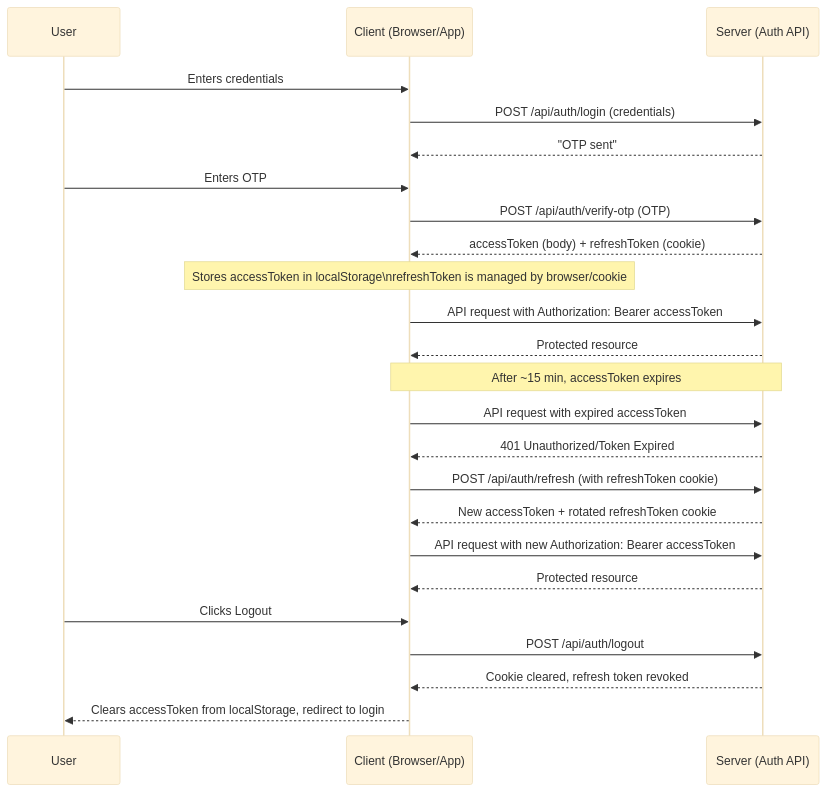
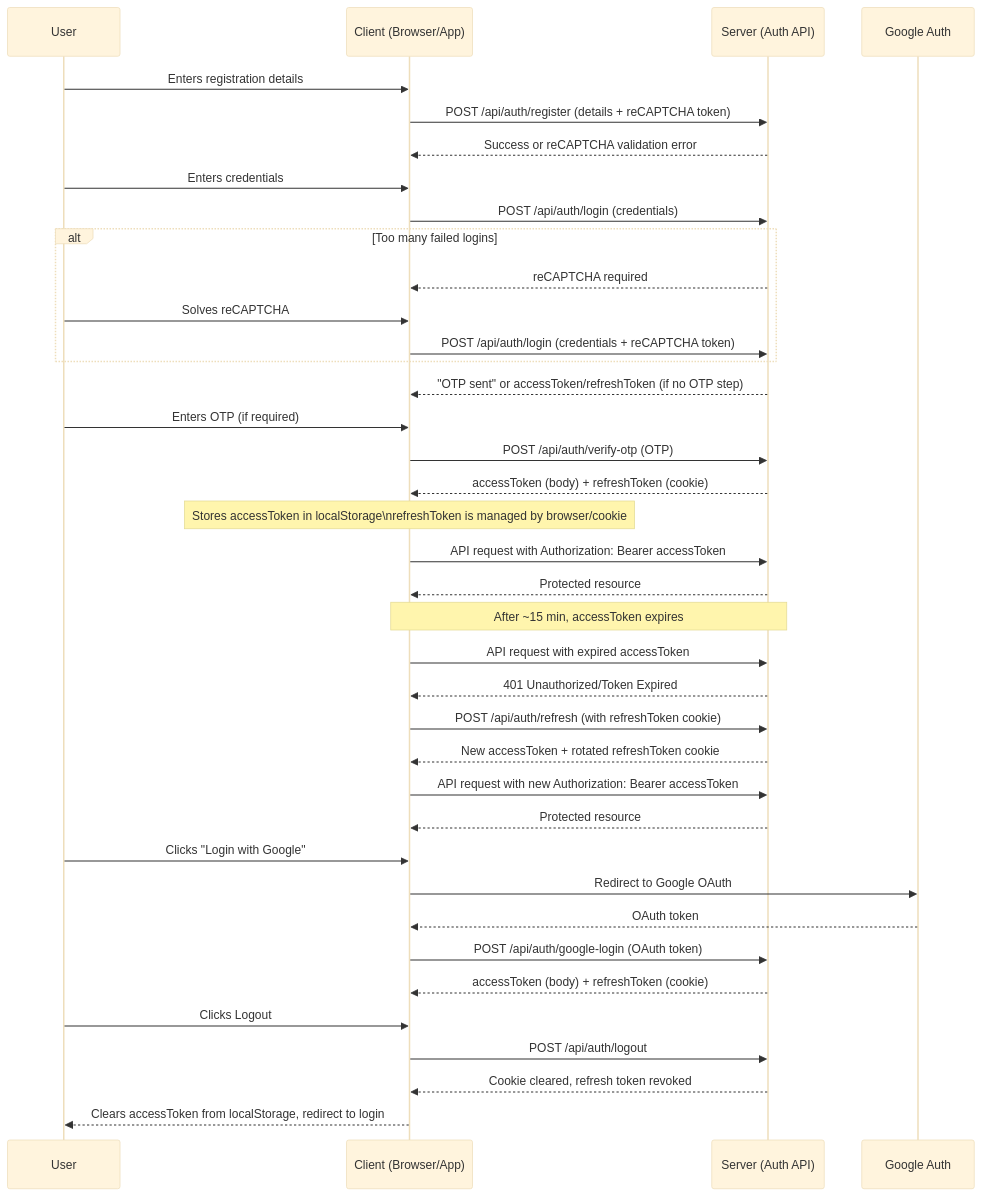
The diagram in README.md (MinKhantKyawSwar/Authentication-Cyber-Security-Assignment), drawn with Mermaid (base theme) before and after one commit. The commit also changed other lines of this file, not shown here.

````diff
--- a/README.md
+++ b/README.md
@@ -87,34 +101,56 @@
 ```mermaid
 sequenceDiagram
     participant U as User
     participant C as Client (Browser/App)
     participant S as Server (Auth API)
+    participant G as Google Auth
 
+    %% Registration with reCAPTCHA
+    U->>C: Enters registration details
+    C->>S: POST /api/auth/register (details + reCAPTCHA token)
+    S-->>C: Success or reCAPTCHA validation error
+
+    %% Login with optional reCAPTCHA
     U->>C: Enters credentials
     C->>S: POST /api/auth/login (credentials)
-    S-->>C: "OTP sent"
-    U->>C: Enters OTP
+    alt Too many failed logins
+        S-->>C: reCAPTCHA required
+        U->>C: Solves reCAPTCHA
+        C->>S: POST /api/auth/login (credentials + reCAPTCHA token)
+    end
+    S-->>C: "OTP sent" or accessToken/refreshToken (if no OTP step)
+
+    U->>C: Enters OTP (if required)
     C->>S: POST /api/auth/verify-otp (OTP)
     S-->>C: accessToken (body) + refreshToken (cookie)
 
     Note over C: Stores accessToken in localStorage\nrefreshToken is managed by browser/cookie
 
+    %% API Requests
     C->>S: API request with Authorization: Bearer accessToken
     S-->>C: Protected resource
 
     Note over C,S: After ~15 min, accessToken expires
 
     C->>S: API request with expired accessToken
     S-->>C: 401 Unauthorized/Token Expired
 
     C->>S: POST /api/auth/refresh (with refreshToken cookie)
     S-->>C: New accessToken + rotated refreshToken cookie
 
     C->>S: API request with new Authorization: Bearer accessToken
     S-->>C: Protected resource
 
+    %% Google OAuth
+    U->>C: Clicks "Login with Google"
+    C->>G: Redirect to Google OAuth
+    G-->>C: OAuth token
+    C->>S: POST /api/auth/google-login (OAuth token)
+    S-->>C: accessToken (body) + refreshToken (cookie)
+
+    %% Logout
     U->>C: Clicks Logout
     C->>S: POST /api/auth/logout
     S-->>C: Cookie cleared, refresh token revoked
     C-->>U: Clears accessToken from localStorage, redirect to login
 ```
````
